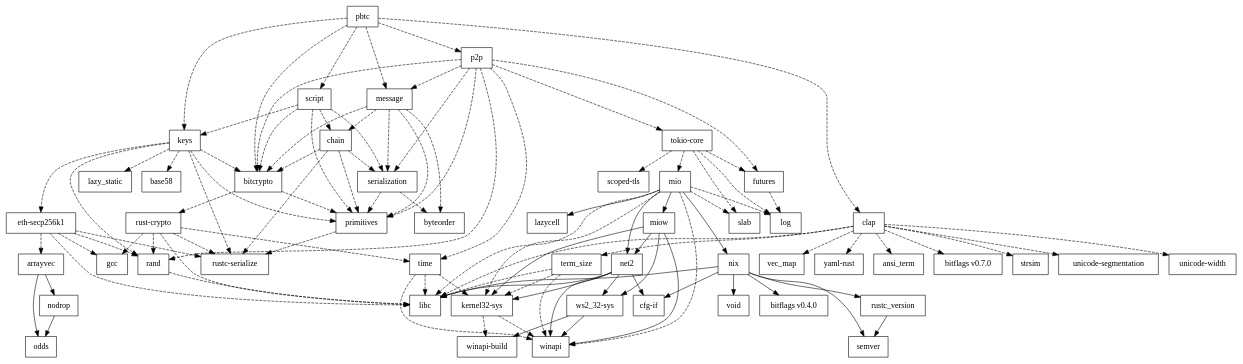
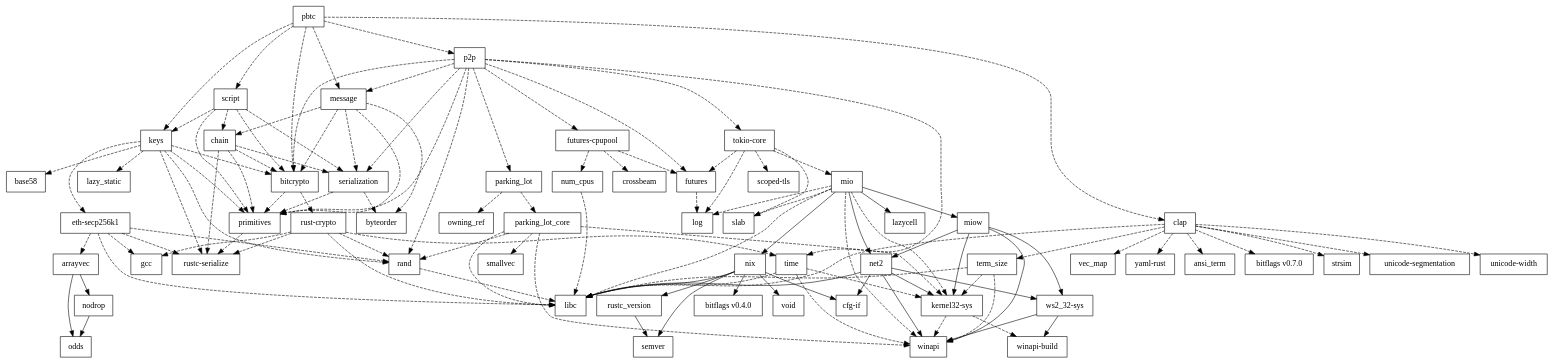
One commit to paritytech/parity-bitcoin changed the diagram in tools/graph.dot. Above: the diagram before and after it, drawn with Graphviz. The commit also changed 15 other files, not shown here.

```diff
--- a/tools/graph.dot
+++ b/tools/graph.dot
@@ -1,156 +1,176 @@
 digraph dependencies {
 	N0[label="pbtc",shape=box];
 	N1[label="bitcrypto",shape=box];
 	N2[label="clap",shape=box];
 	N3[label="keys",shape=box];
 	N4[label="message",shape=box];
 	N5[label="p2p",shape=box];
 	N6[label="script",shape=box];
 	N7[label="ansi_term",shape=box];
 	N8[label="arrayvec",shape=box];
 	N9[label="nodrop",shape=box];
 	N10[label="odds",shape=box];
 	N11[label="base58",shape=box];
 	N12[label="primitives",shape=box];
 	N13[label="rust-crypto",shape=box];
 	N14[label="bitflags v0.4.0",shape=box];
 	N15[label="bitflags v0.7.0",shape=box];
 	N16[label="byteorder",shape=box];
 	N17[label="cfg-if",shape=box];
 	N18[label="chain",shape=box];
 	N19[label="rustc-serialize",shape=box];
 	N20[label="serialization",shape=box];
 	N21[label="libc",shape=box];
 	N22[label="strsim",shape=box];
 	N23[label="term_size",shape=box];
 	N24[label="unicode-segmentation",shape=box];
 	N25[label="unicode-width",shape=box];
 	N26[label="vec_map",shape=box];
 	N27[label="yaml-rust",shape=box];
-	N28[label="eth-secp256k1",shape=box];
-	N29[label="gcc",shape=box];
-	N30[label="rand",shape=box];
-	N31[label="futures",shape=box];
-	N32[label="log",shape=box];
-	N33[label="kernel32-sys",shape=box];
-	N34[label="winapi",shape=box];
-	N35[label="winapi-build",shape=box];
-	N36[label="lazy_static",shape=box];
-	N37[label="lazycell",shape=box];
-	N38[label="mio",shape=box];
-	N39[label="miow",shape=box];
-	N40[label="net2",shape=box];
-	N41[label="nix",shape=box];
-	N42[label="slab",shape=box];
-	N43[label="ws2_32-sys",shape=box];
-	N44[label="rustc_version",shape=box];
-	N45[label="semver",shape=box];
-	N46[label="void",shape=box];
-	N47[label="time",shape=box];
-	N48[label="tokio-core",shape=box];
-	N49[label="scoped-tls",shape=box];
+	N28[label="crossbeam",shape=box];
+	N29[label="eth-secp256k1",shape=box];
+	N30[label="gcc",shape=box];
+	N31[label="rand",shape=box];
+	N32[label="futures",shape=box];
+	N33[label="log",shape=box];
+	N34[label="futures-cpupool",shape=box];
+	N35[label="num_cpus",shape=box];
+	N36[label="kernel32-sys",shape=box];
+	N37[label="winapi",shape=box];
+	N38[label="winapi-build",shape=box];
+	N39[label="lazy_static",shape=box];
+	N40[label="lazycell",shape=box];
+	N41[label="mio",shape=box];
+	N42[label="miow",shape=box];
+	N43[label="net2",shape=box];
+	N44[label="nix",shape=box];
+	N45[label="slab",shape=box];
+	N46[label="ws2_32-sys",shape=box];
+	N47[label="rustc_version",shape=box];
+	N48[label="semver",shape=box];
+	N49[label="void",shape=box];
+	N50[label="owning_ref",shape=box];
+	N51[label="parking_lot",shape=box];
+	N52[label="time",shape=box];
+	N53[label="tokio-core",shape=box];
+	N54[label="parking_lot_core",shape=box];
+	N55[label="smallvec",shape=box];
+	N56[label="scoped-tls",shape=box];
 	N0 -> N1[label="",style=dashed];
 	N0 -> N2[label="",style=dashed];
 	N0 -> N3[label="",style=dashed];
 	N0 -> N4[label="",style=dashed];
 	N0 -> N5[label="",style=dashed];
 	N0 -> N6[label="",style=dashed];
 	N1 -> N12[label="",style=dashed];
 	N1 -> N13[label="",style=dashed];
 	N2 -> N7[label="",style=dashed];
 	N2 -> N15[label="",style=dashed];
 	N2 -> N21[label="",style=dashed];
 	N2 -> N22[label="",style=dashed];
 	N2 -> N23[label="",style=dashed];
 	N2 -> N24[label="",style=dashed];
 	N2 -> N25[label="",style=dashed];
 	N2 -> N26[label="",style=dashed];
 	N2 -> N27[label="",style=dashed];
 	N3 -> N1[label="",style=dashed];
 	N3 -> N11[label="",style=dashed];
 	N3 -> N12[label="",style=dashed];
 	N3 -> N19[label="",style=dashed];
-	N3 -> N28[label="",style=dashed];
-	N3 -> N30[label="",style=dashed];
-	N3 -> N36[label="",style=dashed];
+	N3 -> N29[label="",style=dashed];
+	N3 -> N31[label="",style=dashed];
+	N3 -> N39[label="",style=dashed];
 	N4 -> N1[label="",style=dashed];
 	N4 -> N12[label="",style=dashed];
 	N4 -> N16[label="",style=dashed];
 	N4 -> N18[label="",style=dashed];
 	N4 -> N20[label="",style=dashed];
 	N5 -> N1[label="",style=dashed];
 	N5 -> N4[label="",style=dashed];
 	N5 -> N12[label="",style=dashed];
 	N5 -> N20[label="",style=dashed];
-	N5 -> N30[label="",style=dashed];
 	N5 -> N31[label="",style=dashed];
-	N5 -> N47[label="",style=dashed];
-	N5 -> N48[label="",style=dashed];
+	N5 -> N32[label="",style=dashed];
+	N5 -> N34[label="",style=dashed];
+	N5 -> N51[label="",style=dashed];
+	N5 -> N52[label="",style=dashed];
+	N5 -> N53[label="",style=dashed];
 	N6 -> N1[label="",style=dashed];
 	N6 -> N3[label="",style=dashed];
 	N6 -> N12[label="",style=dashed];
 	N6 -> N18[label="",style=dashed];
 	N6 -> N20[label="",style=dashed];
 	N8 -> N9[label=""];
 	N8 -> N10[label=""];
 	N9 -> N10[label=""];
 	N12 -> N19[label="",style=dashed];
 	N13 -> N19[label="",style=dashed];
 	N13 -> N21[label="",style=dashed];
-	N13 -> N29[label="",style=dashed];
 	N13 -> N30[label="",style=dashed];
-	N13 -> N47[label="",style=dashed];
+	N13 -> N31[label="",style=dashed];
+	N13 -> N52[label="",style=dashed];
 	N18 -> N1[label="",style=dashed];
 	N18 -> N12[label="",style=dashed];
 	N18 -> N19[label="",style=dashed];
 	N18 -> N20[label="",style=dashed];
 	N20 -> N12[label="",style=dashed];
 	N20 -> N16[label="",style=dashed];
 	N23 -> N21[label="",style=dashed];
-	N23 -> N33[label="",style=dashed];
-	N23 -> N34[label="",style=dashed];
-	N28 -> N8[label="",style=dashed];
-	N28 -> N19[label="",style=dashed];
-	N28 -> N21[label="",style=dashed];
-	N28 -> N29[label="",style=dashed];
-	N28 -> N30[label="",style=dashed];
-	N30 -> N21[label="",style=dashed];
-	N31 -> N32[label="",style=dashed];
-	N33 -> N34[label="",style=dashed];
-	N33 -> N35[label="",style=dashed];
-	N38 -> N21[label="",style=dashed];
-	N38 -> N32[label="",style=dashed];
-	N38 -> N33[label="",style=dashed];
-	N38 -> N34[label="",style=dashed];
-	N38 -> N37[label=""];
-	N38 -> N39[label=""];
-	N38 -> N40[label=""];
-	N38 -> N41[label=""];
-	N38 -> N42[label="",style=dashed];
-	N39 -> N33[label=""];
-	N39 -> N34[label=""];
-	N39 -> N40[label=""];
-	N39 -> N43[label=""];
-	N40 -> N17[label=""];
-	N40 -> N21[label=""];
-	N40 -> N33[label=""];
-	N40 -> N34[label=""];
-	N40 -> N43[label=""];
-	N41 -> N14[label=""];
-	N41 -> N17[label=""];
-	N41 -> N21[label=""];
+	N23 -> N36[label="",style=dashed];
+	N23 -> N37[label="",style=dashed];
+	N29 -> N8[label="",style=dashed];
+	N29 -> N19[label="",style=dashed];
+	N29 -> N21[label="",style=dashed];
+	N29 -> N30[label="",style=dashed];
+	N29 -> N31[label="",style=dashed];
+	N31 -> N21[label="",style=dashed];
+	N32 -> N33[label="",style=dashed];
+	N34 -> N28[label="",style=dashed];
+	N34 -> N32[label="",style=dashed];
+	N34 -> N35[label="",style=dashed];
+	N35 -> N21[label="",style=dashed];
+	N36 -> N37[label="",style=dashed];
+	N36 -> N38[label="",style=dashed];
+	N41 -> N21[label="",style=dashed];
+	N41 -> N33[label="",style=dashed];
+	N41 -> N36[label="",style=dashed];
+	N41 -> N37[label="",style=dashed];
+	N41 -> N40[label=""];
+	N41 -> N42[label=""];
+	N41 -> N43[label=""];
 	N41 -> N44[label=""];
-	N41 -> N45[label=""];
-	N41 -> N46[label=""];
-	N43 -> N34[label=""];
-	N43 -> N35[label=""];
-	N44 -> N45[label=""];
-	N47 -> N21[label="",style=dashed];
-	N47 -> N33[label="",style=dashed];
-	N47 -> N34[label="",style=dashed];
-	N48 -> N31[label="",style=dashed];
-	N48 -> N32[label="",style=dashed];
-	N48 -> N38[label="",style=dashed];
-	N48 -> N42[label="",style=dashed];
-	N48 -> N49[label="",style=dashed];
+	N41 -> N45[label="",style=dashed];
+	N42 -> N36[label=""];
+	N42 -> N37[label=""];
+	N42 -> N43[label=""];
+	N42 -> N46[label=""];
+	N43 -> N17[label=""];
+	N43 -> N21[label=""];
+	N43 -> N36[label=""];
+	N43 -> N37[label=""];
+	N43 -> N46[label=""];
+	N44 -> N14[label=""];
+	N44 -> N17[label=""];
+	N44 -> N21[label=""];
+	N44 -> N47[label=""];
+	N44 -> N48[label=""];
+	N44 -> N49[label=""];
+	N46 -> N37[label=""];
+	N46 -> N38[label=""];
+	N47 -> N48[label=""];
+	N51 -> N50[label="",style=dashed];
+	N51 -> N54[label="",style=dashed];
+	N52 -> N21[label="",style=dashed];
+	N52 -> N36[label="",style=dashed];
+	N52 -> N37[label="",style=dashed];
+	N53 -> N32[label="",style=dashed];
+	N53 -> N33[label="",style=dashed];
+	N53 -> N41[label="",style=dashed];
+	N53 -> N45[label="",style=dashed];
+	N53 -> N56[label="",style=dashed];
+	N54 -> N21[label="",style=dashed];
+	N54 -> N31[label="",style=dashed];
+	N54 -> N36[label="",style=dashed];
+	N54 -> N37[label="",style=dashed];
+	N54 -> N55[label="",style=dashed];
 }
```
